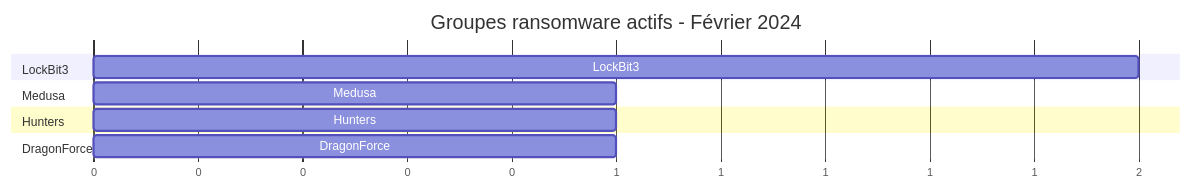
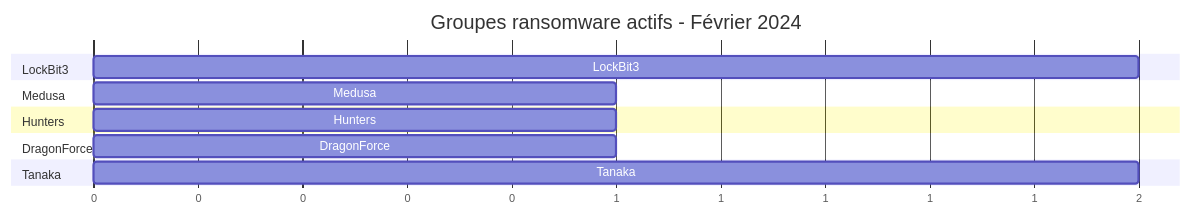
Before and after one commit to Hatchepsoute/AFRINTEL: the fourth of 5 diagrams in CyberAttackAfrica/2024/02-february/README_FR.md, drawn with Mermaid. The commit also changed other lines of this file and 255 other files, not shown here.

````diff
--- a/CyberAttackAfrica/2024/02-february/README_FR.md
+++ b/CyberAttackAfrica/2024/02-february/README_FR.md
@@ -95,14 +110,16 @@
 ```mermaid
 gantt
     title Groupes ransomware actifs - Février 2024
     dateFormat X
     axisFormat %s
     section LockBit3
     LockBit3 : 0, 2
     section Medusa
     Medusa : 0, 1
     section Hunters
     Hunters : 0, 1
     section DragonForce
     DragonForce : 0, 1
+    section Tanaka
+    Tanaka : 0, 2
 ```
````
